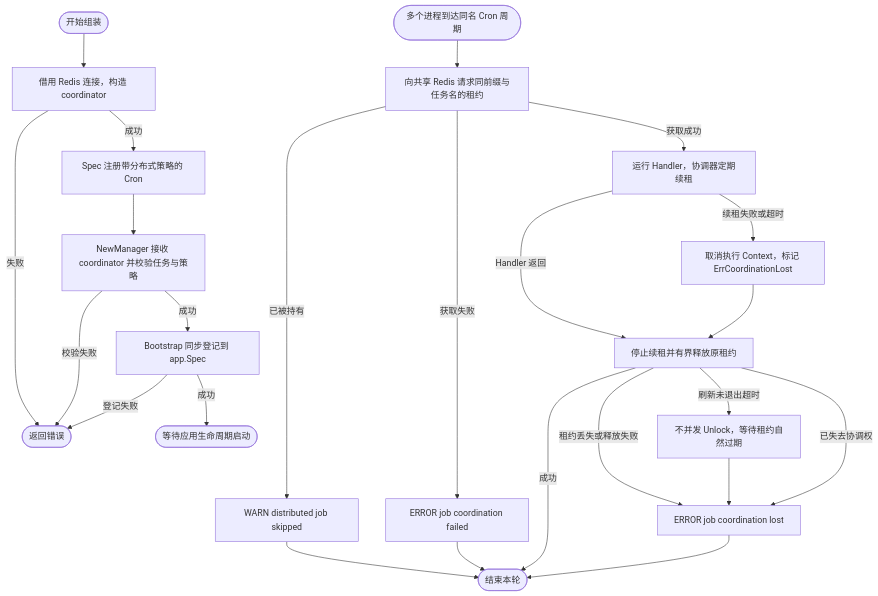
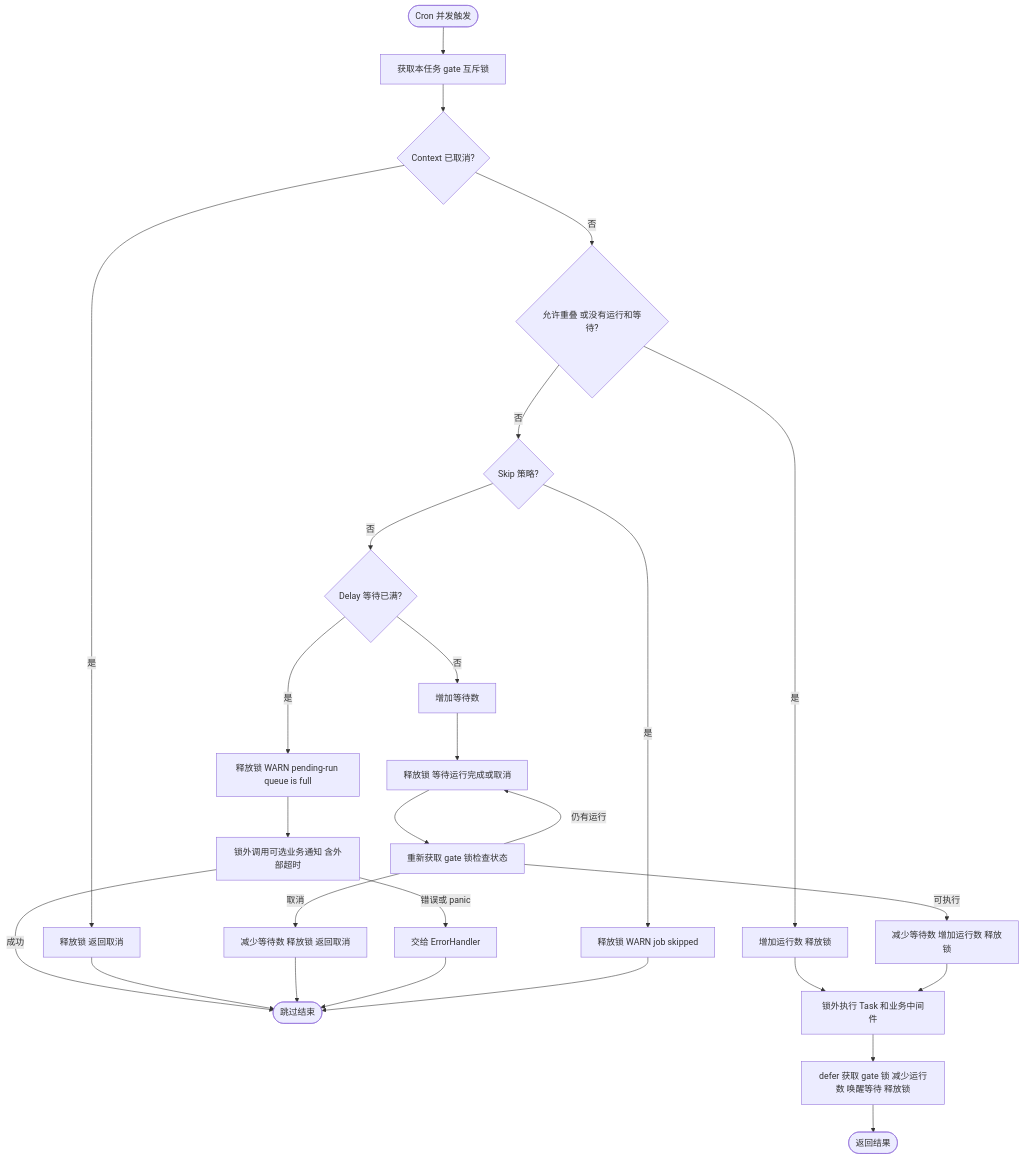
The second of 6 diagrams in pkg/job/README.md (jaggerzhuang1994/kratos-foundation), drawn with Mermaid before and after one commit. The commit also changed other lines of this file and 53 other files, not shown here.

````diff
--- a/pkg/job/README.md
+++ b/pkg/job/README.md
@@ -108,26 +98,25 @@
 ```mermaid
 flowchart TD
-    A([开始组装]) --> B[借用 Redis 连接，构造 coordinator]
-    B -- 失败 --> X([返回错误])
-    B -- 成功 --> C[Spec 注册带分布式策略的 Cron]
-    C --> D[NewManager 接收 coordinator 并校验任务与策略]
-    D -- 校验失败 --> X
-    D -- 成功 --> E[Bootstrap 同步登记到 app.Spec]
-    E -- 登记失败 --> X
-    E -- 成功 --> F([等待应用生命周期启动])
-    G([多个进程到达同名 Cron 周期]) --> H[向共享 Redis 请求同前缀与任务名的租约]
-    H -- 已被持有 --> I[WARN distributed job skipped]
-    I --> Z([结束本轮])
-    H -- 获取失败 --> J[ERROR job coordination failed]
-    J --> Z
-    H -- 获取成功 --> K[运行 Handler，协调器定期续租]
-    K -- 续租失败或超时 --> L[取消执行 Context，标记 ErrCoordinationLost]
-    K -- Handler 返回 --> M[停止续租并有界释放原租约]
-    L --> M
-    M -- 刷新未退出超时 --> N[不并发 Unlock，等待租约自然过期]
-    M -- 租约丢失或释放失败 --> O[ERROR job coordination lost]
-    N --> O
-    M -- 已失去协调权 --> O
-    M -- 成功 --> Z
-    O --> Z
+ A([Cron 并发触发]) --> B[获取本任务 gate 互斥锁]
+ B --> C{Context 已取消?}
+ C -- 是 --> R[释放锁 返回取消]
+ C -- 否 --> D{允许重叠 或没有运行和等待?}
+ D -- 是 --> E[增加运行数 释放锁]
+ D -- 否 --> F{Skip 策略?}
+ F -- 是 --> S[释放锁 WARN job skipped]
+ F -- 否 --> G{Delay 等待已满?}
+ G -- 是 --> H[释放锁 WARN pending-run queue is full]
+ H --> I[锁外调用可选业务通知 含外部超时]
+ I -- 错误或 panic --> J[交给 ErrorHandler]
+ I -- 成功 --> Z([跳过结束])
+ G -- 否 --> K[增加等待数]
+ K --> K1[释放锁 等待运行完成或取消]
+ K1 --> L[重新获取 gate 锁检查状态]
+ L -- 取消 --> M[减少等待数 释放锁 返回取消]
+ L -- 仍有运行 --> K1
+ L -- 可执行 --> N[减少等待数 增加运行数 释放锁]
+ E & N --> O[锁外执行 Task 和业务中间件]
+ O --> P[defer 获取 gate 锁 减少运行数 唤醒等待 释放锁]
+ P --> T([返回结果])
+ R & M & J & S --> Z
 ```
````
